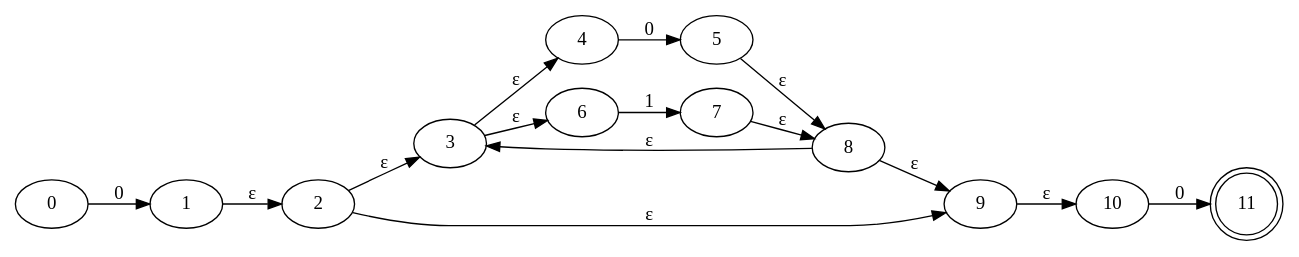
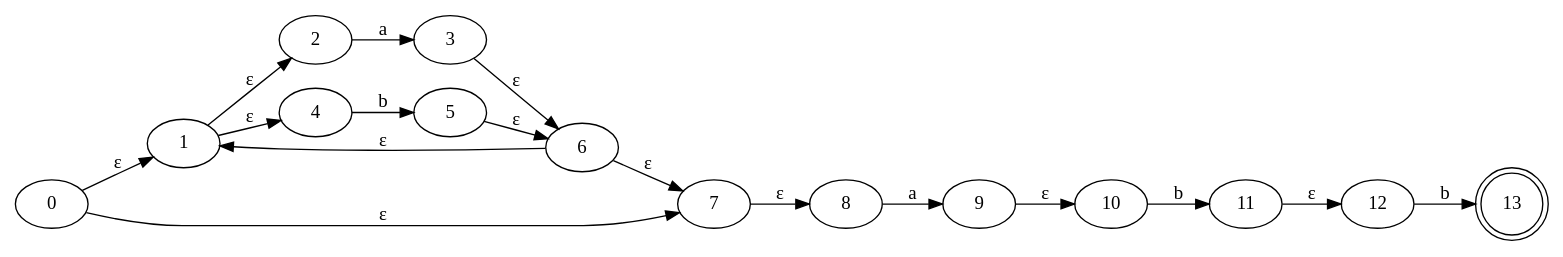
Before and after one commit to jua16073/lenguajes_proy1: the diagram in test-output/nfa.gv, drawn with Graphviz. The commit also changed 9 other files, not shown here.

```diff
--- a/test-output/nfa.gv
+++ b/test-output/nfa.gv
@@ -1,29 +1,33 @@
 digraph Automata {
 	rankdir=LR
 	0 [label=0]
-	0 -> 1 [label=0]
+	0 -> 1 [label="ε"]
+	0 -> 7 [label="ε"]
 	1 [label=1]
 	1 -> 2 [label="ε"]
+	1 -> 4 [label="ε"]
 	2 [label=2]
-	2 -> 3 [label="ε"]
-	2 -> 9 [label="ε"]
+	2 -> 3 [label=a]
 	3 [label=3]
-	3 -> 4 [label="ε"]
 	3 -> 6 [label="ε"]
 	4 [label=4]
-	4 -> 5 [label=0]
+	4 -> 5 [label=b]
 	5 [label=5]
-	5 -> 8 [label="ε"]
+	5 -> 6 [label="ε"]
 	6 [label=6]
-	6 -> 7 [label=1]
+	6 -> 1 [label="ε"]
+	6 -> 7 [label="ε"]
 	7 [label=7]
 	7 -> 8 [label="ε"]
 	8 [label=8]
-	8 -> 3 [label="ε"]
-	8 -> 9 [label="ε"]
+	8 -> 9 [label=a]
 	9 [label=9]
 	9 -> 10 [label="ε"]
 	10 [label=10]
-	10 -> 11 [label=0]
-	11 [label=11 shape=doublecircle]
+	10 -> 11 [label=b]
+	11 [label=11]
+	11 -> 12 [label="ε"]
+	12 [label=12]
+	12 -> 13 [label=b]
+	13 [label=13 shape=doublecircle]
 }
```
